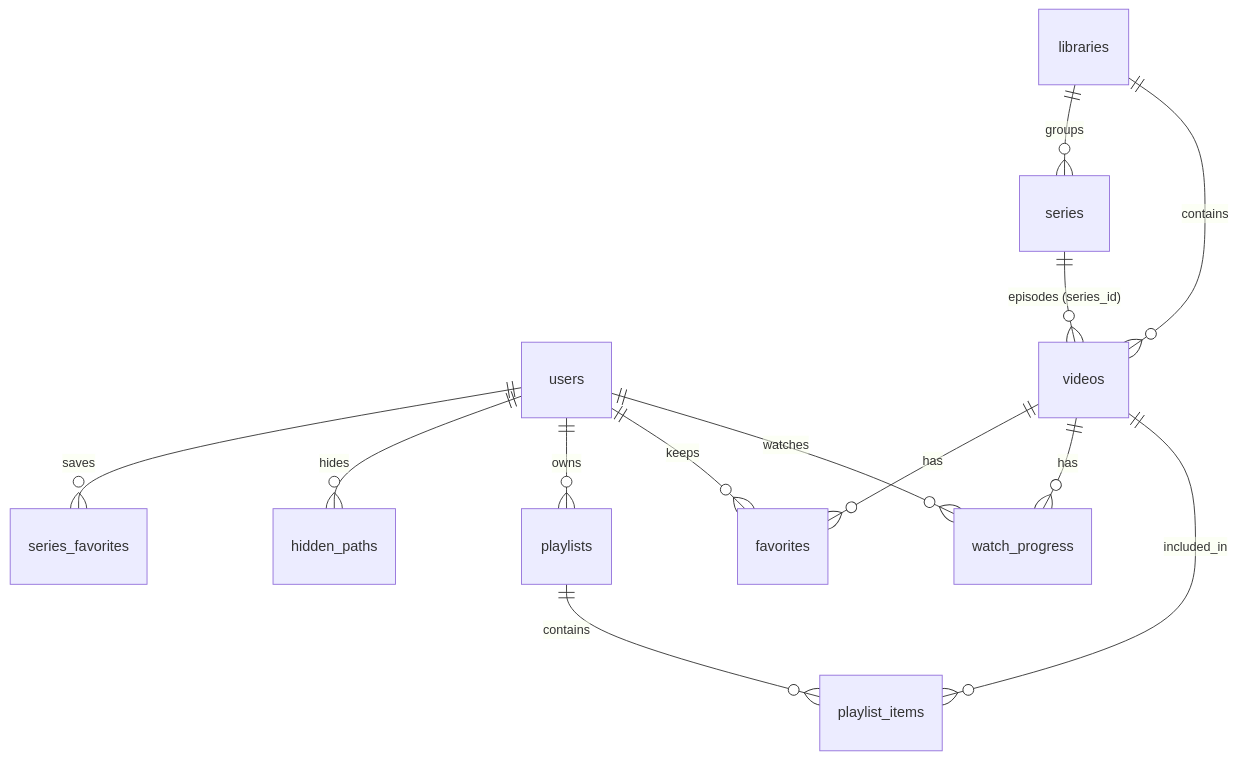
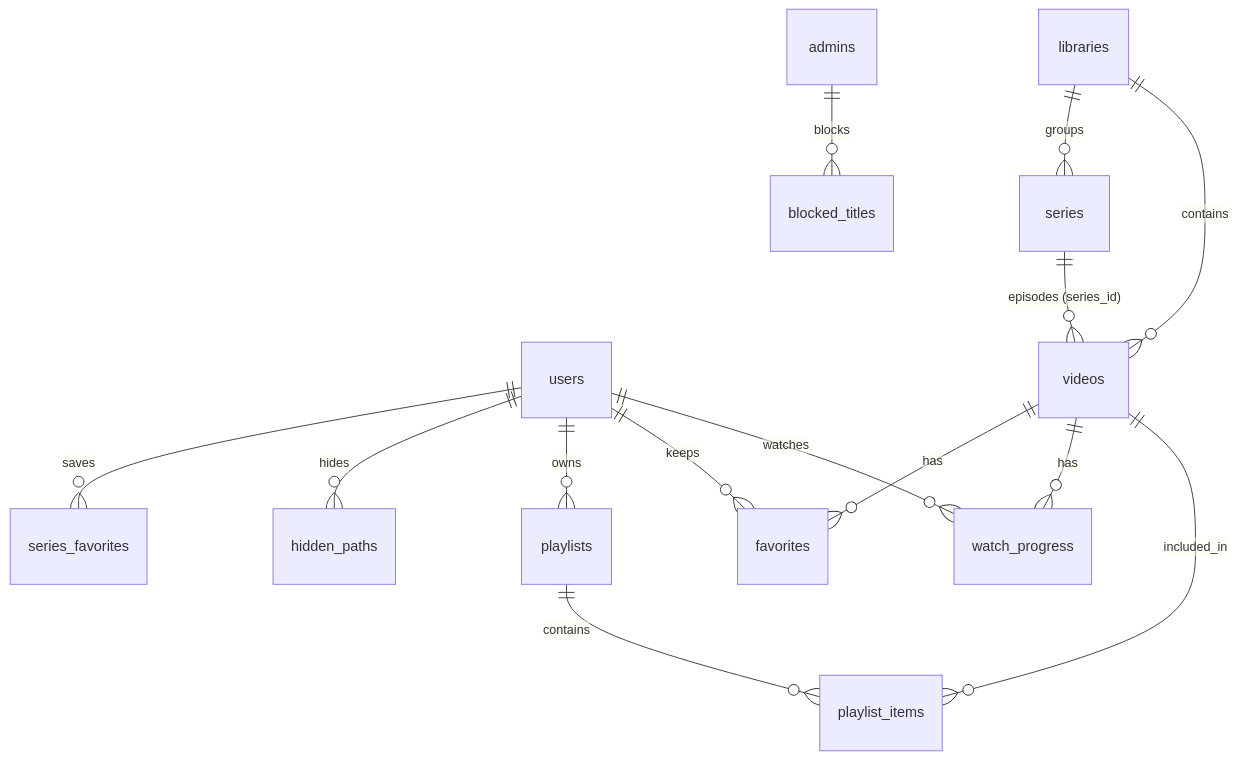
Before and after one commit to T-bagwell/videocms: the second of 4 diagrams in docs/architecture.md, drawn with Mermaid. The commit also changed other lines of this file and 30 other files, not shown here.

````diff
--- a/docs/architecture.md
+++ b/docs/architecture.md
@@ -148,15 +151,16 @@
 ```mermaid
 erDiagram
     users ||--o{ watch_progress : watches
     users ||--o{ favorites : keeps
     users ||--o{ playlists : owns
     users ||--o{ hidden_paths : hides
     users ||--o{ series_favorites : saves
+    admins ||--o{ blocked_titles : blocks
     libraries ||--o{ videos : contains
     libraries ||--o{ series : groups
     series ||--o{ videos : "episodes (series_id)"
     playlists ||--o{ playlist_items : contains
     videos ||--o{ playlist_items : included_in
     videos ||--o{ watch_progress : has
     videos ||--o{ favorites : has
 ```
````
